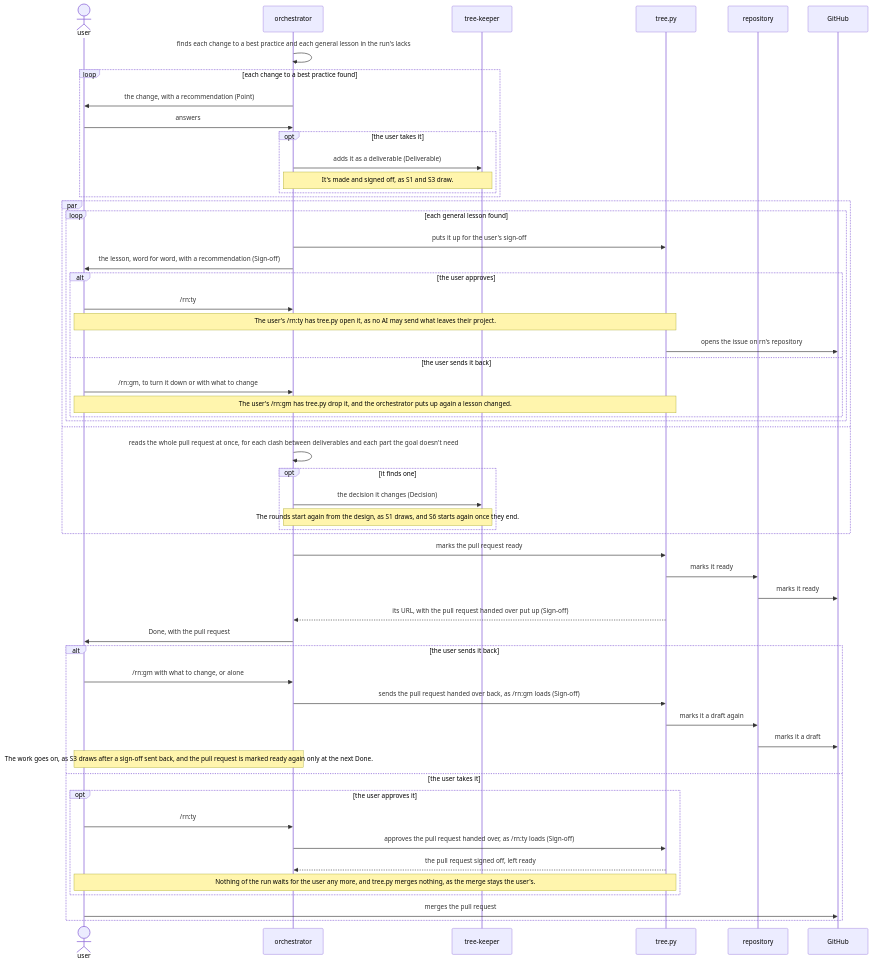
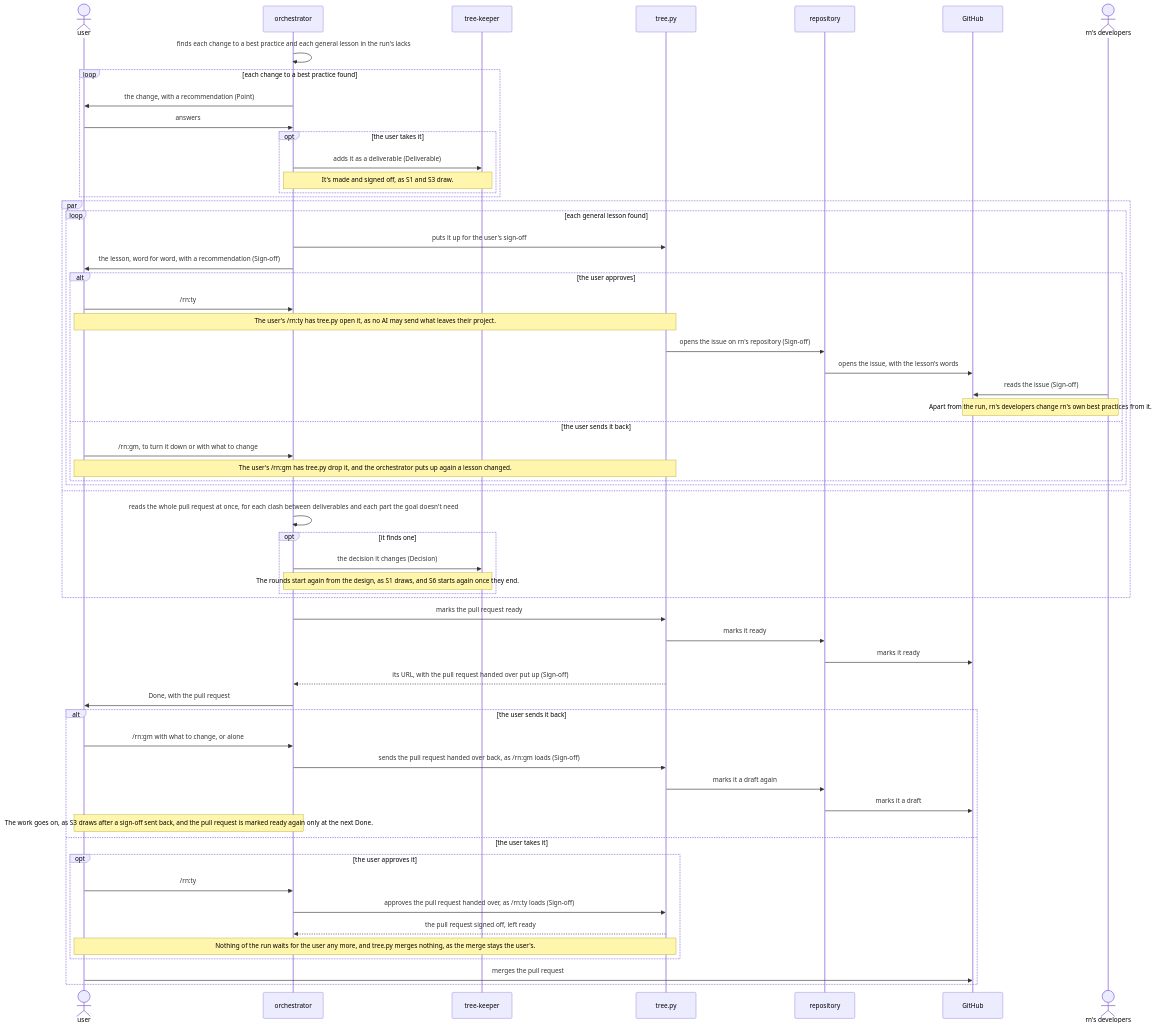
The sixth of 6 diagrams in dev/rn/architecture.md (lovaizu/ccpm), drawn with Mermaid before and after one commit. The commit also changed other lines of this file and 2 other files, not shown here.

First line of the commit message:
rn architecture: rn's developers get each lesson a run's user signs off as an issue on rn's repository, in a story of their own, S7, which shares S6's sequence, as the design tree traces the lessons to a need of rn's development

````diff
--- a/dev/rn/architecture.md
+++ b/dev/rn/architecture.md
@@ -507,58 +513,62 @@
 ```mermaid
 sequenceDiagram
   actor U as user
   participant O as orchestrator
   participant K as tree-keeper
   participant T as tree.py
   participant RP as repository
   participant GH as GitHub
+  actor D as rn's developers
   O->>O: finds each change to a best practice and each general lesson in the run's lacks
   loop each change to a best practice found
     O->>U: the change, with a recommendation (Point)
     U->>O: answers
     opt the user takes it
       O->>K: adds it as a deliverable (Deliverable)
       Note over O,K: It's made and signed off, as S1 and S3 draw.
     end
   end
   par
     loop each general lesson found
       O->>T: puts it up for the user's sign-off
       O->>U: the lesson, word for word, with a recommendation (Sign-off)
       alt the user approves
         U->>O: /rn:ty
         Note over U,T: The user's /rn:ty has tree.py open it, as no AI may send what leaves their project.
-        T->>GH: opens the issue on rn's repository
+        T->>RP: opens the issue on rn's repository (Sign-off)
+        RP->>GH: opens the issue, with the lesson's words
+        D->>GH: reads the issue (Sign-off)
+        Note over GH,D: Apart from the run, rn's developers change rn's own best practices from it.
       else the user sends it back
         U->>O: /rn:gm, to turn it down or with what to change
         Note over U,T: The user's /rn:gm has tree.py drop it, and the orchestrator puts up again a lesson changed.
       end
     end
   and
     O->>O: reads the whole pull request at once, for each clash between deliverables and each part the goal doesn't need
     opt it finds one
       O->>K: the decision it changes (Decision)
       Note over O,K: The rounds start again from the design, as S1 draws, and S6 starts again once they end.
     end
   end
   O->>T: marks the pull request ready
   T->>RP: marks it ready
   RP->>GH: marks it ready
   T-->>O: its URL, with the pull request handed over put up (Sign-off)
   O->>U: Done, with the pull request
   alt the user sends it back
     U->>O: /rn:gm with what to change, or alone
     O->>T: sends the pull request handed over back, as /rn:gm loads (Sign-off)
     T->>RP: marks it a draft again
     RP->>GH: marks it a draft
     Note over U,O: The work goes on, as S3 draws after a sign-off sent back, and the pull request is marked ready again only at the next Done.
   else the user takes it
     opt the user approves it
       U->>O: /rn:ty
       O->>T: approves the pull request handed over, as /rn:ty loads (Sign-off)
       T-->>O: the pull request signed off, left ready
       Note over U,T: Nothing of the run waits for the user any more, and tree.py merges nothing, as the merge stays the user's.
     end
     U->>GH: merges the pull request
   end
 ```
````
